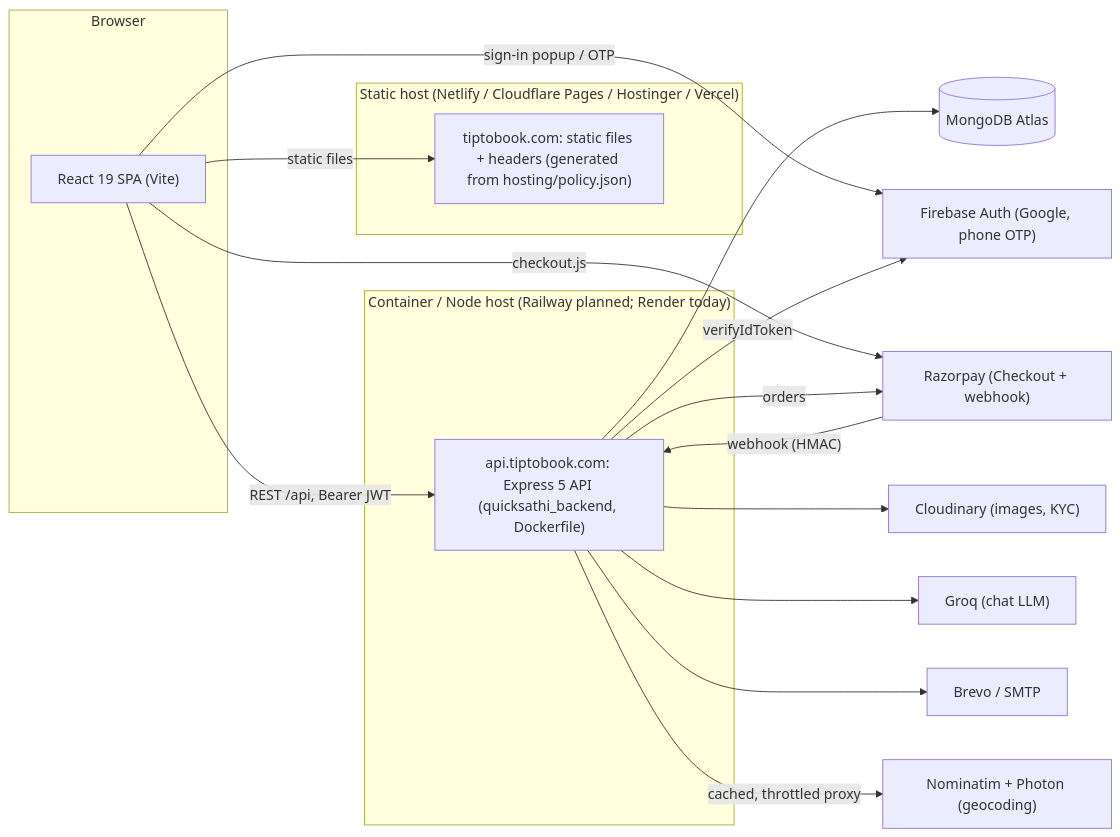
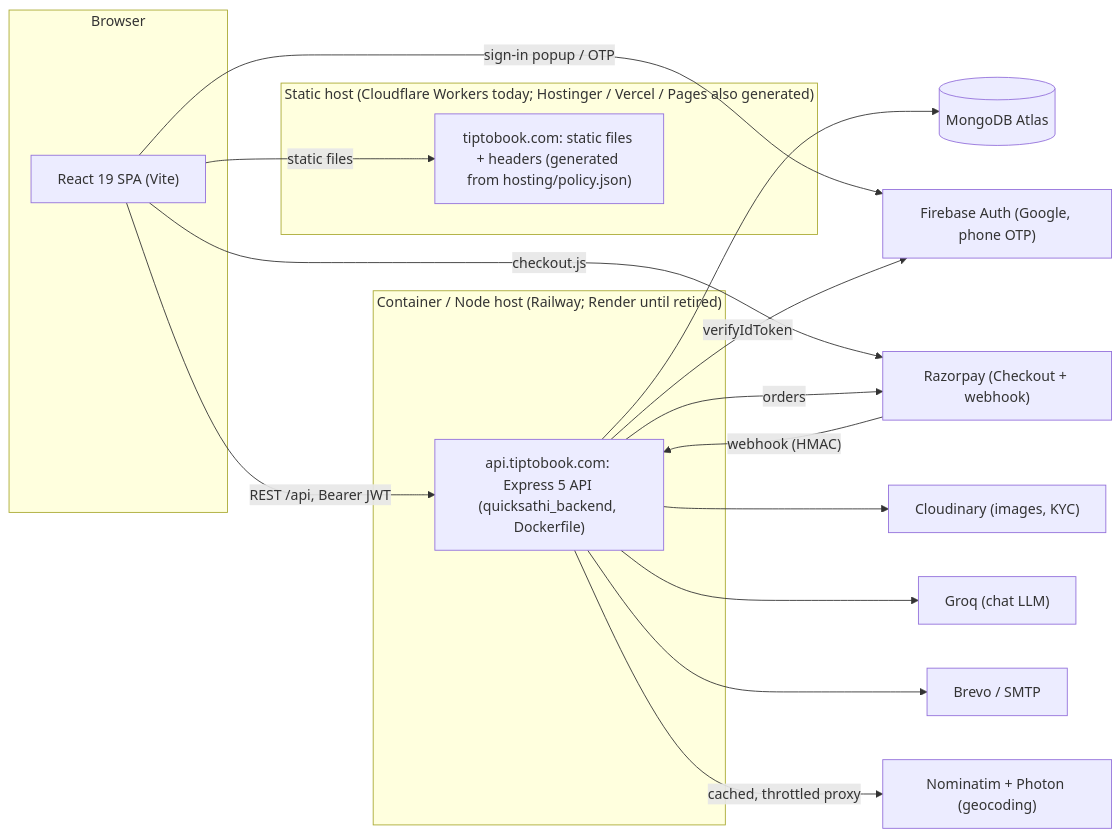
The first of 3 diagrams in ARCHITECTURE.md (Alomonx-Technology-Pvt-Ltd/quicksathi), drawn with Mermaid before and after one commit. The commit also changed other lines of this file and 11 other files, not shown here.

First line of the commit message:
feat(hosting): Cloudflare Workers config generated from policy.json; drop netlify.toml

````diff
--- a/ARCHITECTURE.md
+++ b/ARCHITECTURE.md
@@ -9,32 +9,32 @@
 ```mermaid
 flowchart LR
   subgraph Browser
     SPA["React 19 SPA (Vite)"]
   end
-  subgraph "Static host (Netlify / Cloudflare Pages / Hostinger / Vercel)"
+  subgraph "Static host (Cloudflare Workers today; Hostinger / Vercel / Pages also generated)"
     STATIC["tiptobook.com: static files + headers (generated from hosting/policy.json)"]
   end
-  subgraph "Container / Node host (Railway planned; Render today)"
+  subgraph "Container / Node host (Railway; Render until retired)"
     API["api.tiptobook.com: Express 5 API (quicksathi_backend, Dockerfile)"]
   end
   DB[("MongoDB Atlas")]
   FB["Firebase Auth (Google, phone OTP)"]
   RZP["Razorpay (Checkout + webhook)"]
   CLD["Cloudinary (images, KYC)"]
   GROQ["Groq (chat LLM)"]
   MAIL["Brevo / SMTP"]
   OSM["Nominatim + Photon (geocoding)"]
 
   SPA -->|static files| STATIC
   SPA -->|"REST /api, Bearer JWT"| API
   SPA -->|sign-in popup / OTP| FB
   SPA -->|"checkout.js"| RZP
   API --> DB
   API -->|verifyIdToken| FB
   API -->|orders| RZP
   RZP -->|"webhook (HMAC)"| API
   API --> CLD
   API --> GROQ
   API --> MAIL
   API -->|"cached, throttled proxy"| OSM
 ```
````
